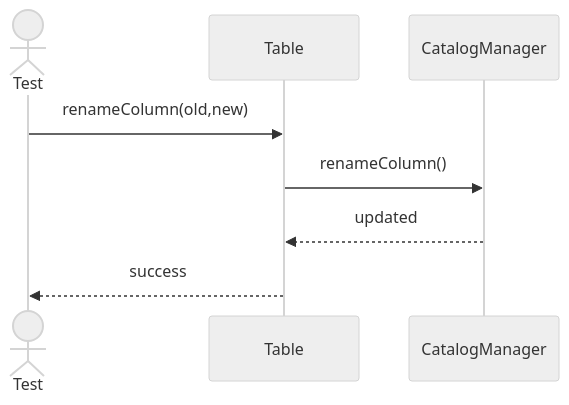
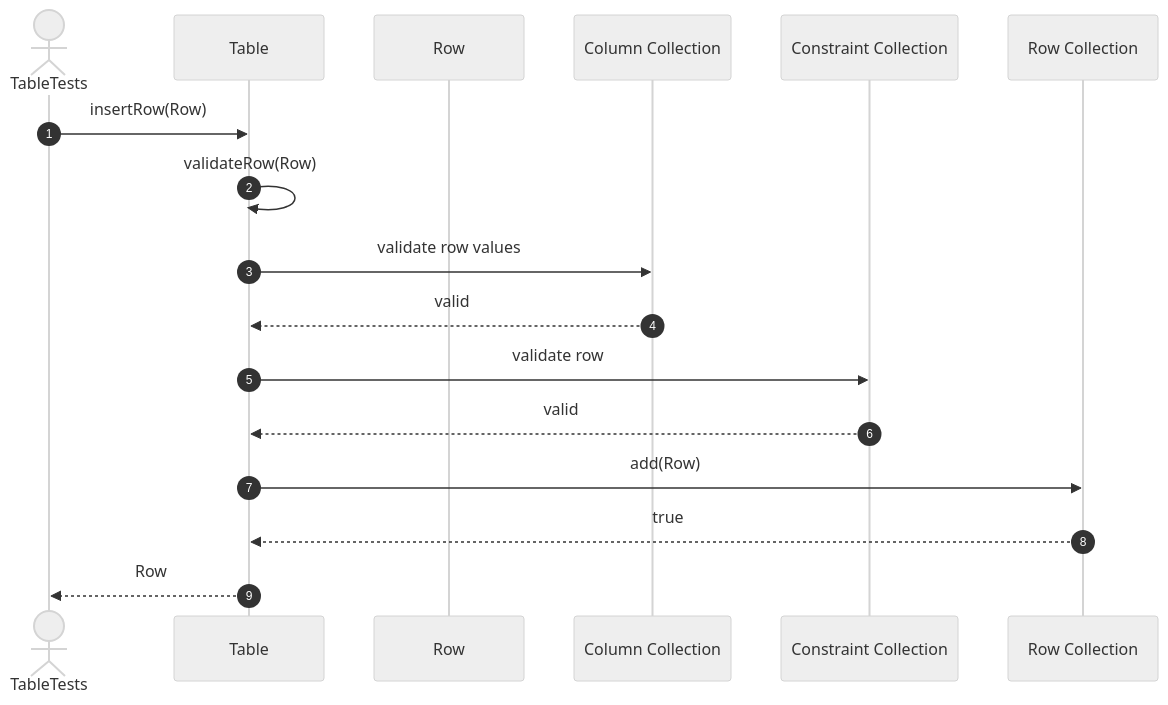
Before and after one commit to FhuAnn/-bbv-AN-s-DBMS: the eighth of 20 diagrams in src/tests/unit/metadata/sequences/tables-testing.se.md, drawn with Mermaid (neutral theme). The commit also changed other lines of this file and 60 other files, not shown here.

Commit message:
refactor data table, row, column, constraint, index test file

````diff
--- a/src/tests/unit/metadata/sequences/tables-testing.se.md
+++ b/src/tests/unit/metadata/sequences/tables-testing.se.md
@@ -154,14 +139,20 @@
 ```mermaid
 sequenceDiagram
-actor Test
-participant Table
-participant CatalogManager
+    autonumber
+    actor Test as TableTests
+    participant Table as Table
+    participant Row as Row
+    participant Columns as Column Collection
+    participant Constraints as Constraint Collection
+    participant Rows as Row Collection
 
-Test->>Table: renameColumn(old,new)
-
-Table->>CatalogManager: renameColumn()
-
-CatalogManager-->>Table: updated
-
-Table-->>Test: success
+    Test->>Table: insertRow(Row)
+    Table->>Table: validateRow(Row)
+    Table->>Columns: validate row values
+    Columns-->>Table: valid
+    Table->>Constraints: validate row
+    Constraints-->>Table: valid
+    Table->>Rows: add(Row)
+    Rows-->>Table: true
+    Table-->>Test: Row
 ```
````
